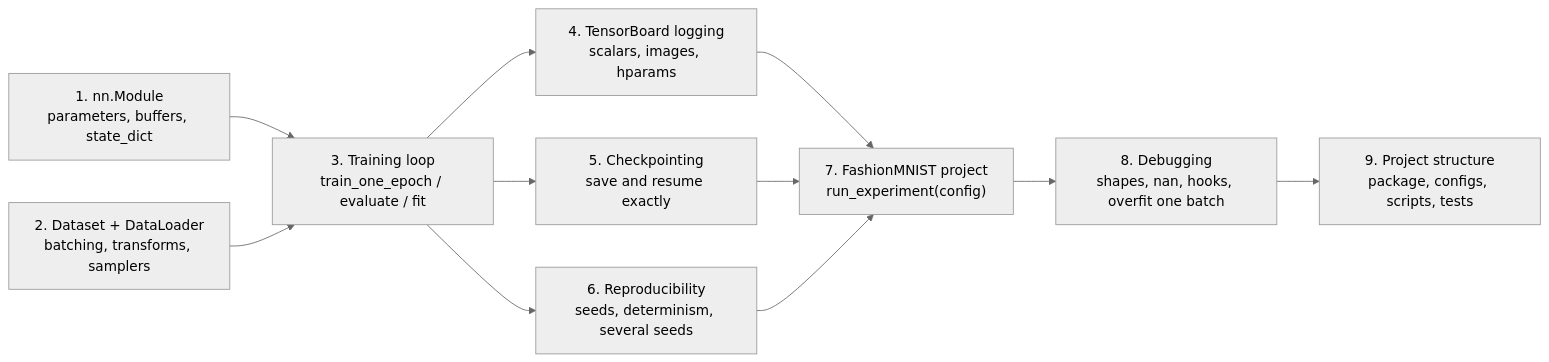
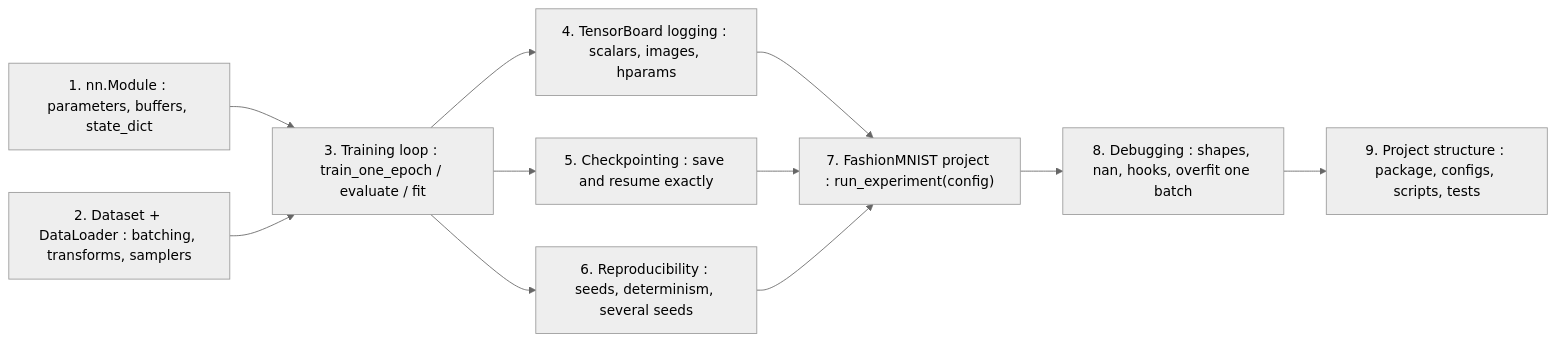
The first of 3 diagrams in notebooks/05_pytorch_workflow_and_best_practices.md (dthemann/deep-learning), drawn with Mermaid (neutral theme) before and after one commit. The commit also changed other lines of this file and 13 other files, not shown here.

````diff
--- a/notebooks/05_pytorch_workflow_and_best_practices.md
+++ b/notebooks/05_pytorch_workflow_and_best_practices.md
@@ -24,13 +24,13 @@
 ```mermaid
 flowchart LR
-    A["1. nn.Module<br/>parameters, buffers, state_dict"] --> C["3. Training loop<br/>train_one_epoch / evaluate / fit"]
-    B["2. Dataset + DataLoader<br/>batching, transforms, samplers"] --> C
-    C --> D["4. TensorBoard logging<br/>scalars, images, hparams"]
-    C --> E["5. Checkpointing<br/>save and resume exactly"]
-    C --> F["6. Reproducibility<br/>seeds, determinism, several seeds"]
-    D --> G["7. FashionMNIST project<br/>run_experiment(config)"]
+    A["1. nn.Module : parameters, buffers, state_dict"] --> C["3. Training loop : train_one_epoch / evaluate / fit"]
+    B["2. Dataset + DataLoader : batching, transforms, samplers"] --> C
+    C --> D["4. TensorBoard logging : scalars, images, hparams"]
+    C --> E["5. Checkpointing : save and resume exactly"]
+    C --> F["6. Reproducibility : seeds, determinism, several seeds"]
+    D --> G["7. FashionMNIST project : run_experiment(config)"]
     E --> G
     F --> G
-    G --> H["8. Debugging<br/>shapes, nan, hooks, overfit one batch"]
-    H --> I["9. Project structure<br/>package, configs, scripts, tests"]
+    G --> H["8. Debugging : shapes, nan, hooks, overfit one batch"]
+    H --> I["9. Project structure : package, configs, scripts, tests"]
 ```
````
